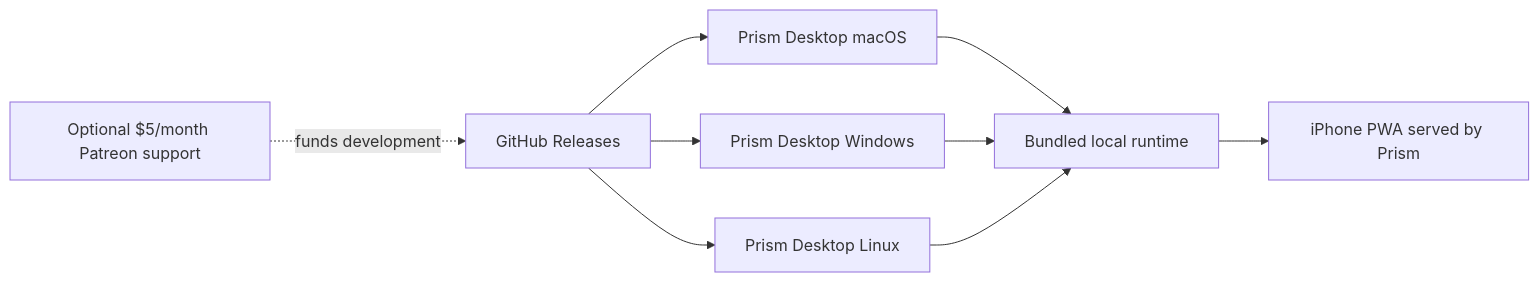
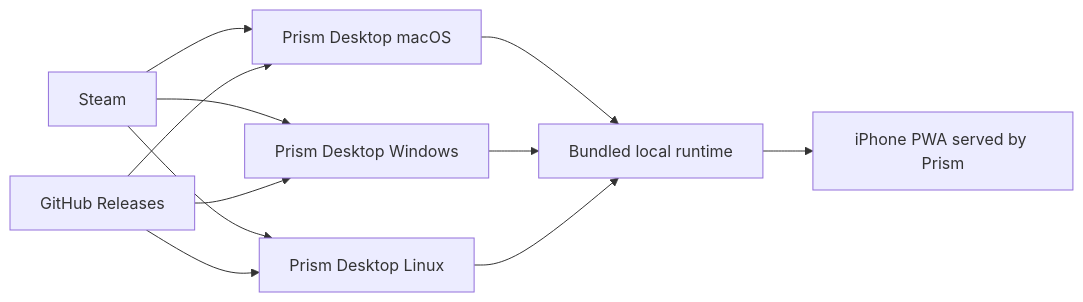
The diagram in docs/distribution-model.md (AureliusSoftworks/PRISM), drawn with Mermaid before and after one commit. The commit also changed other lines of this file and 4 other files, not shown here.

````diff
--- a/docs/distribution-model.md
+++ b/docs/distribution-model.md
@@ -11,11 +11,13 @@
 ```mermaid
 flowchart LR
+  Steam["Steam"] --> macDesktop["Prism Desktop macOS"]
+  Steam --> winDesktop["Prism Desktop Windows"]
+  Steam --> linuxDesktop["Prism Desktop Linux"]
   GitHub["GitHub Releases"] --> macDesktop["Prism Desktop macOS"]
   GitHub --> winDesktop["Prism Desktop Windows"]
   GitHub --> linuxDesktop["Prism Desktop Linux"]
-  Patreon["Optional $5/month Patreon support"] -. funds development .-> GitHub
   macDesktop --> bundledRuntime["Bundled local runtime"]
   winDesktop --> bundledRuntime
   linuxDesktop --> bundledRuntime
   bundledRuntime --> PWA["iPhone PWA served by Prism"]
 ```
````
